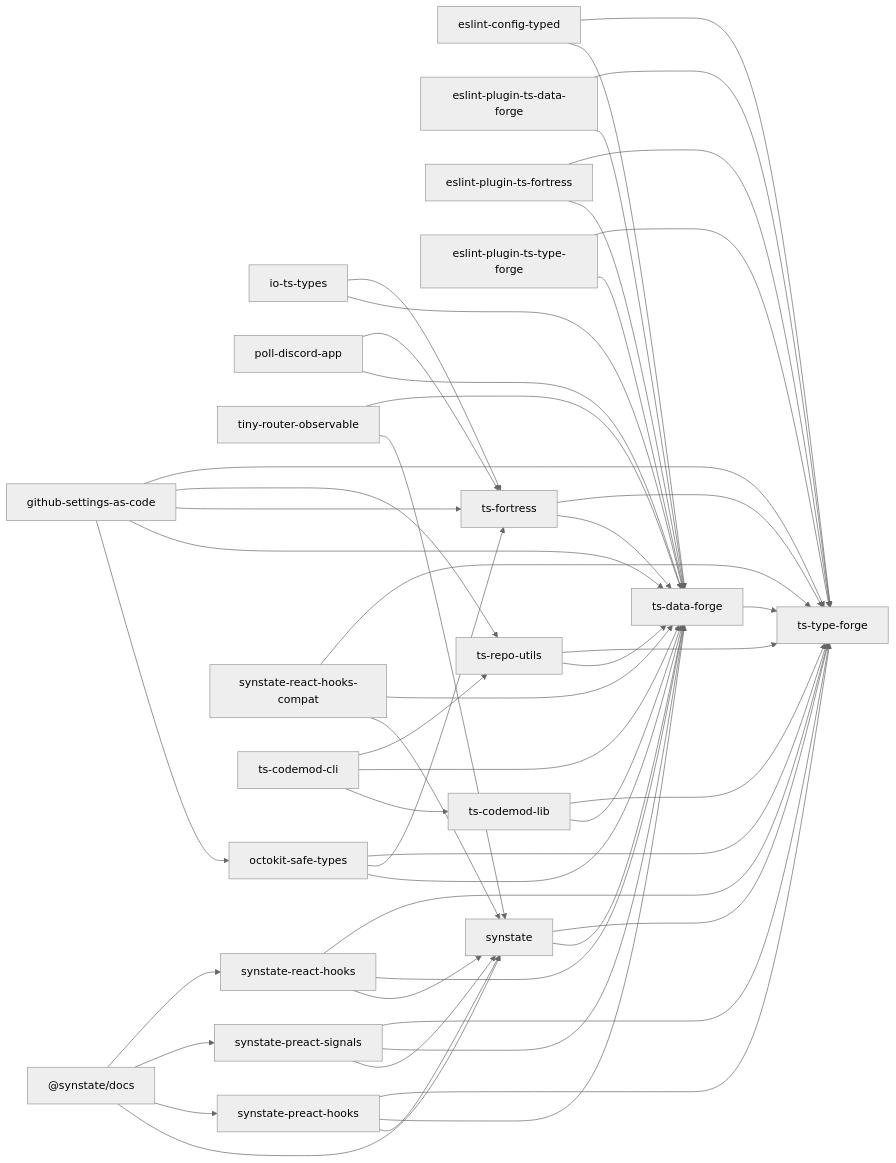
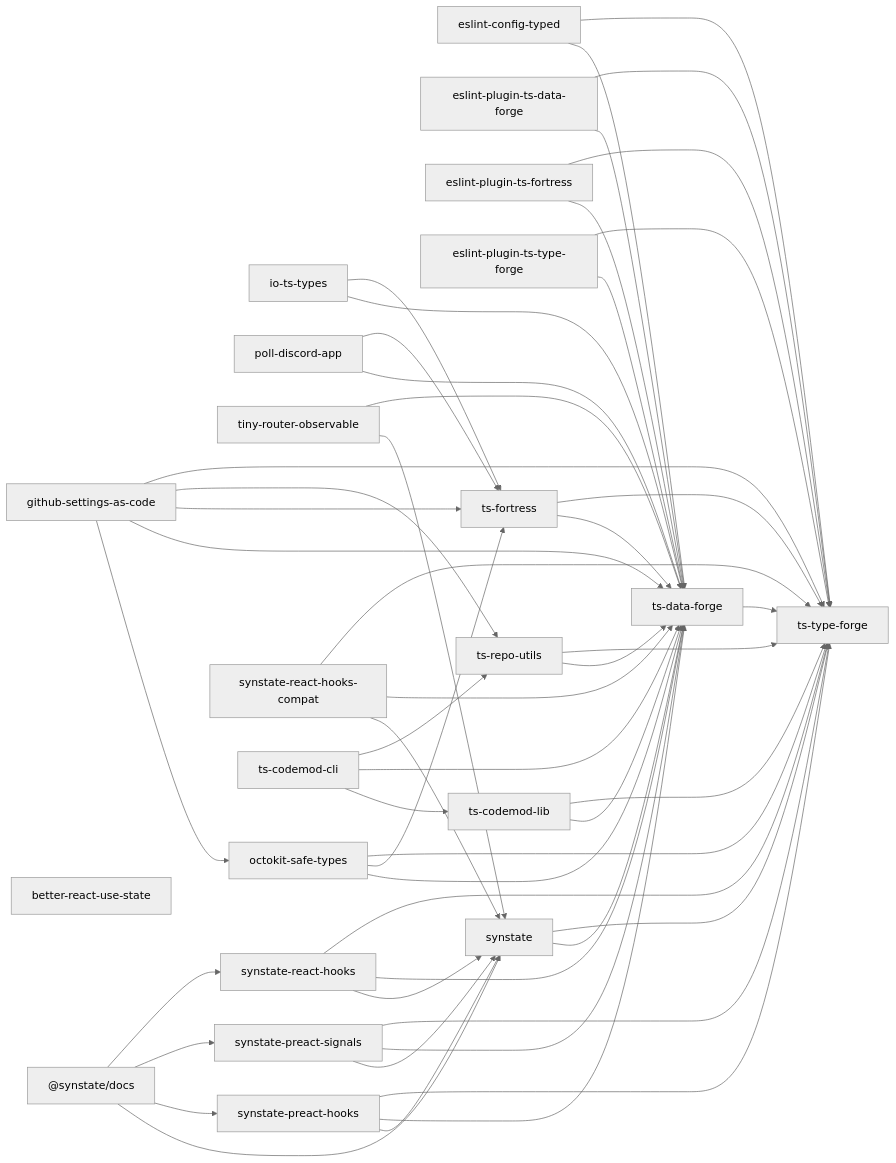
Before and after one commit to noshiro-pf/mono: the diagram in docs/package-dependencies.md, drawn with Mermaid (neutral theme). The commit also changed other lines of this file and 19 other files, not shown here.

First line of the commit message:
feat: restore better-react-use-state from experimental/ (#1627)

````diff
--- a/docs/package-dependencies.md
+++ b/docs/package-dependencies.md
@@ -13,74 +13,75 @@
 ```mermaid
 graph LR
   io_ts_types["io-ts-types"]
   poll_discord_app["poll-discord-app"]
   _synstate_docs["@synstate/docs"]
   tiny_router_observable["tiny-router-observable"]
+  better_react_use_state["better-react-use-state"]
   eslint_config_typed["eslint-config-typed"]
   eslint_plugin_ts_data_forge["eslint-plugin-ts-data-forge"]
   eslint_plugin_ts_fortress["eslint-plugin-ts-fortress"]
   eslint_plugin_ts_type_forge["eslint-plugin-ts-type-forge"]
   github_settings_as_code["github-settings-as-code"]
   octokit_safe_types["octokit-safe-types"]
   synstate["synstate"]
   synstate_preact_hooks["synstate-preact-hooks"]
   synstate_preact_signals["synstate-preact-signals"]
   synstate_react_hooks["synstate-react-hooks"]
   synstate_react_hooks_compat["synstate-react-hooks-compat"]
   ts_codemod_cli["ts-codemod-cli"]
   ts_codemod_lib["ts-codemod-lib"]
   ts_data_forge["ts-data-forge"]
   ts_fortress["ts-fortress"]
   ts_repo_utils["ts-repo-utils"]
   ts_type_forge["ts-type-forge"]
   io_ts_types --> ts_data_forge
   io_ts_types --> ts_fortress
   poll_discord_app --> ts_data_forge
   poll_discord_app --> ts_fortress
   _synstate_docs --> synstate
   _synstate_docs --> synstate_preact_hooks
   _synstate_docs --> synstate_preact_signals
   _synstate_docs --> synstate_react_hooks
   tiny_router_observable --> synstate
   tiny_router_observable --> ts_data_forge
   eslint_config_typed --> ts_data_forge
   eslint_config_typed --> ts_type_forge
   eslint_plugin_ts_data_forge --> ts_data_forge
   eslint_plugin_ts_data_forge --> ts_type_forge
   eslint_plugin_ts_fortress --> ts_data_forge
   eslint_plugin_ts_fortress --> ts_type_forge
   eslint_plugin_ts_type_forge --> ts_data_forge
   eslint_plugin_ts_type_forge --> ts_type_forge
   github_settings_as_code --> octokit_safe_types
   github_settings_as_code --> ts_data_forge
   github_settings_as_code --> ts_fortress
   github_settings_as_code --> ts_repo_utils
   github_settings_as_code --> ts_type_forge
   octokit_safe_types --> ts_data_forge
   octokit_safe_types --> ts_fortress
   octokit_safe_types --> ts_type_forge
   synstate --> ts_data_forge
   synstate --> ts_type_forge
   synstate_preact_hooks --> synstate
   synstate_preact_hooks --> ts_data_forge
   synstate_preact_hooks --> ts_type_forge
   synstate_preact_signals --> synstate
   synstate_preact_signals --> ts_data_forge
   synstate_preact_signals --> ts_type_forge
   synstate_react_hooks --> synstate
   synstate_react_hooks --> ts_data_forge
   synstate_react_hooks --> ts_type_forge
   synstate_react_hooks_compat --> synstate
   synstate_react_hooks_compat --> ts_data_forge
   synstate_react_hooks_compat --> ts_type_forge
   ts_codemod_cli --> ts_codemod_lib
   ts_codemod_cli --> ts_data_forge
   ts_codemod_cli --> ts_repo_utils
   ts_codemod_lib --> ts_data_forge
   ts_codemod_lib --> ts_type_forge
   ts_data_forge --> ts_type_forge
   ts_fortress --> ts_data_forge
   ts_fortress --> ts_type_forge
   ts_repo_utils --> ts_data_forge
   ts_repo_utils --> ts_type_forge
 ```
````
